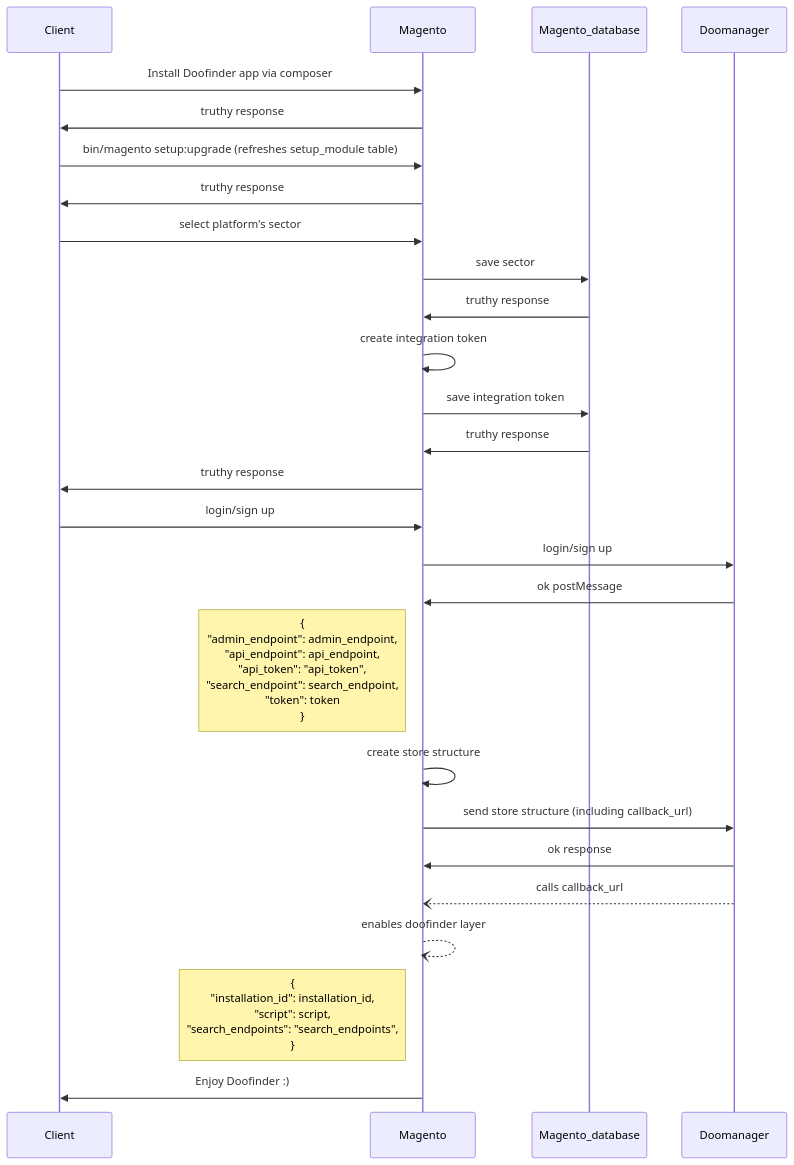
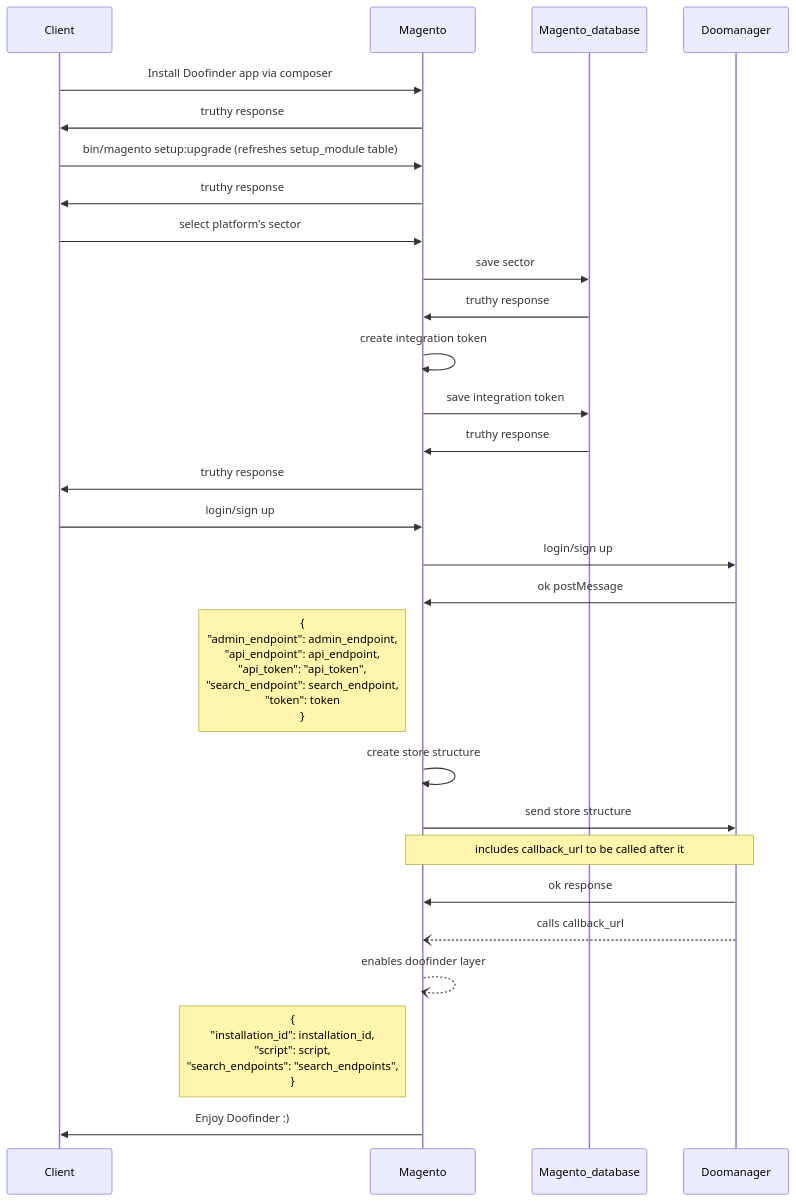
One commit to doofinder/doofinder-magento2 changed the diagram in magento_architecture.md. Above: the diagram before and after it, drawn with Mermaid.

Commit message:
Added note

````diff
--- a/magento_architecture.md
+++ b/magento_architecture.md
@@ -14,25 +14,26 @@
 ```mermaid
 sequenceDiagram
   Client ->> Magento: Install Doofinder app via composer
   Magento ->> Client: truthy response
   Client ->> Magento: bin/magento setup:upgrade (refreshes setup_module table)
   Magento ->> Client: truthy response
   Client ->> Magento: select platform's sector
   Magento ->> Magento_database: save sector
   Magento_database ->> Magento: truthy response
   Magento ->> Magento: create integration token
   Magento ->> Magento_database: save integration token
   Magento_database ->> Magento: truthy response
   Magento ->> Client: truthy response
   Client ->> Magento: login/sign up
   Magento ->> Doomanager: login/sign up
   Doomanager ->> Magento: ok postMessage
   Note left of Magento: {<br/>"admin_endpoint": admin_endpoint,<br/>"api_endpoint": api_endpoint,<br/>"api_token": "api_token",<br/>"search_endpoint": search_endpoint,<br/>"token": token<br/>}
   Magento ->> Magento: create store structure
-  Magento ->> Doomanager: send store structure (including callback_url)
+  Magento ->> Doomanager: send store structure
+  Note over Magento,Doomanager: includes callback_url to be called after it
   Doomanager ->> Magento: ok response
   Doomanager --) Magento: calls callback_url
   Magento --) Magento: enables doofinder layer
   Note left of Magento: {<br/>"installation_id": installation_id,<br/>"script": script,<br/>"search_endpoints": "search_endpoints",<br/>}
   Magento ->> Client: Enjoy Doofinder :)
 ```
````
